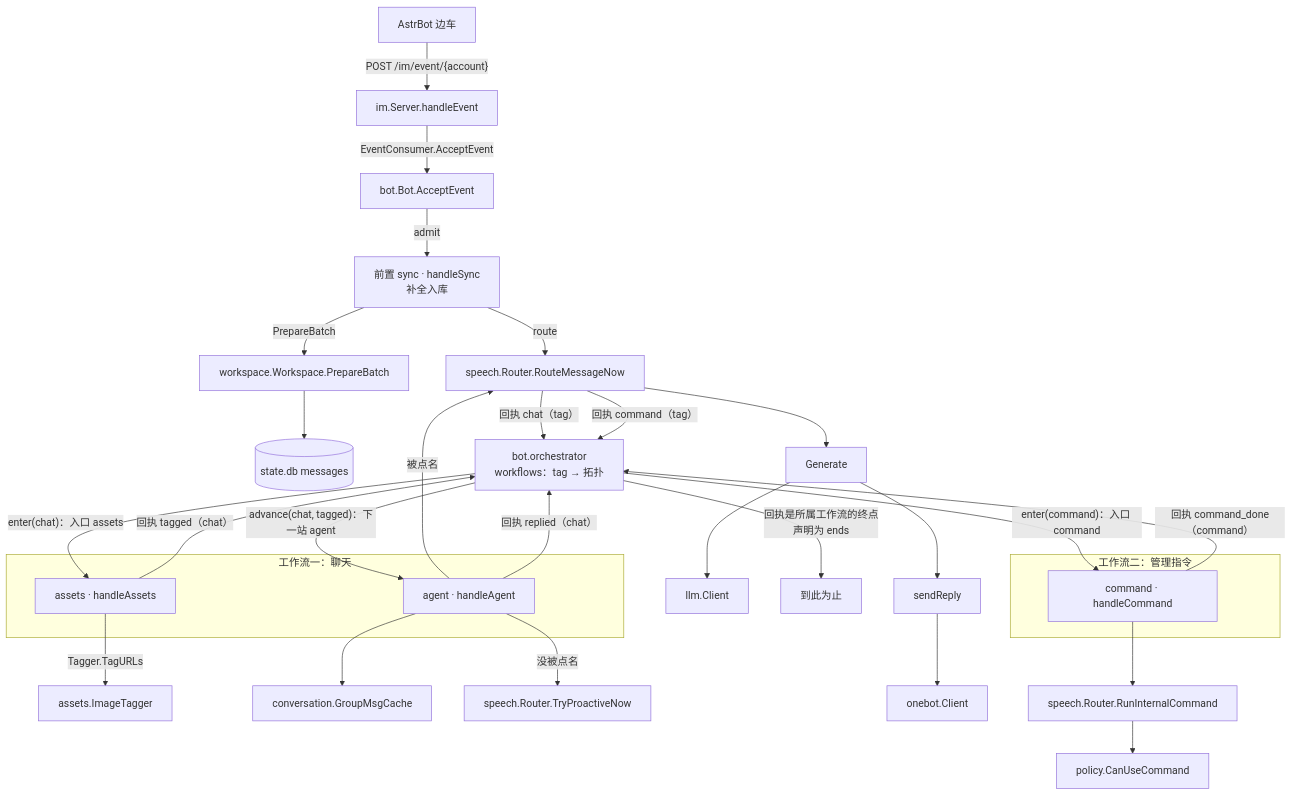
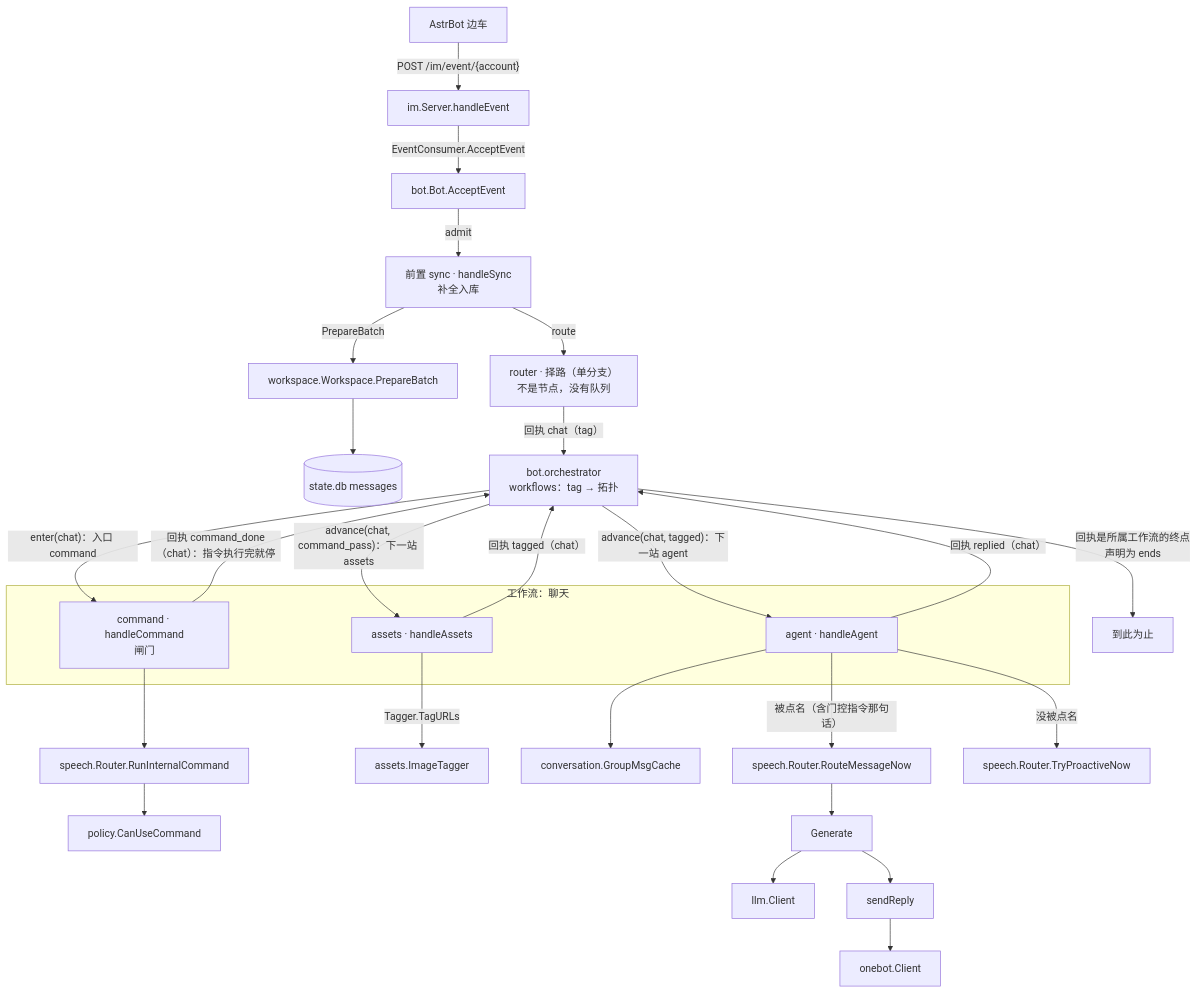
The diagram in docs/architecture/message-flow.md (CanWeakerWriteStrongCode/good-review-master), drawn with Mermaid before and after one commit. The commit also changed other lines of this file and 30 other files, not shown here.

````diff
--- a/docs/architecture/message-flow.md
+++ b/docs/architecture/message-flow.md
@@ -9,37 +9,34 @@
 ```mermaid
 flowchart TB
   A["AstrBot 边车"] -->|"POST /im/event/{account}"| IM["im.Server.handleEvent"]
   IM -->|"EventConsumer.AcceptEvent"| AC["bot.Bot.AcceptEvent"]
   AC -->|"admit"| R["前置 sync · handleSync<br/>补全入库"]
   R -->|"PrepareBatch"| WS["workspace.Workspace.PrepareBatch"]
   WS --> DB[("state.db messages")]
-  R -->|"route"| RT["router · 只读择路<br/>不是节点，没有队列"]
-  RT -->|"回执 chat（tag）"| O["bot.orchestrator<br/>workflows：tag → 拓扑"]
-  RT -->|"回执 command（tag）"| O
+  R -->|"route"| ROUTE["router · 择路（单分支）<br/>不是节点，没有队列"]
+  ROUTE -->|"回执 chat（tag）"| O["bot.orchestrator<br/>workflows：tag → 拓扑"]
 
-  subgraph W1["工作流一：聊天"]
+  subgraph W1["工作流：聊天"]
+    SC["command · handleCommand<br/>闸门"]
     S2["assets · handleAssets"]
     S3["agent · handleAgent"]
   end
-  subgraph W2["工作流二：管理指令"]
-    SC["command · handleCommand"]
-  end
 
-  O -->|"enter(chat)：入口 assets"| S2
+  O -->|"enter(chat)：入口 command"| SC
+  O -->|"advance(chat, command_pass)：下一站 assets"| S2
   O -->|"advance(chat, tagged)：下一站 agent"| S3
-  O -->|"enter(command)：入口 command"| SC
+  SC --> RUN["speech.Router.RunInternalCommand"]
+  RUN --> POL["policy.CanUseCommand"]
   S2 -->|"Tagger.TagURLs"| AS["assets.ImageTagger"]
   S2 -->|"回执 tagged（chat）"| O
   S3 --> GC["conversation.GroupMsgCache"]
-  S3 -->|"被点名"| RT["speech.Router.RouteMessageNow"]
+  S3 -->|"被点名（含门控指令那句话）"| RT["speech.Router.RouteMessageNow"]
   S3 -->|"没被点名"| PA["speech.Router.TryProactiveNow"]
   RT --> GEN["Generate"]
   GEN --> LLM["llm.Client"]
   GEN --> DEL["sendReply"]
   DEL --> OB["onebot.Client"]
-  SC --> RUN["speech.Router.RunInternalCommand"]
-  RUN --> POL["policy.CanUseCommand"]
   S3 -->|"回执 replied（chat）"| O
-  SC -->|"回执 command_done（command）"| O
+  SC -->|"回执 command_done（chat）：指令执行完就停"| O
   O -->|"回执是所属工作流的终点<br/>声明为 ends"| END["到此为止"]
 ```
````
